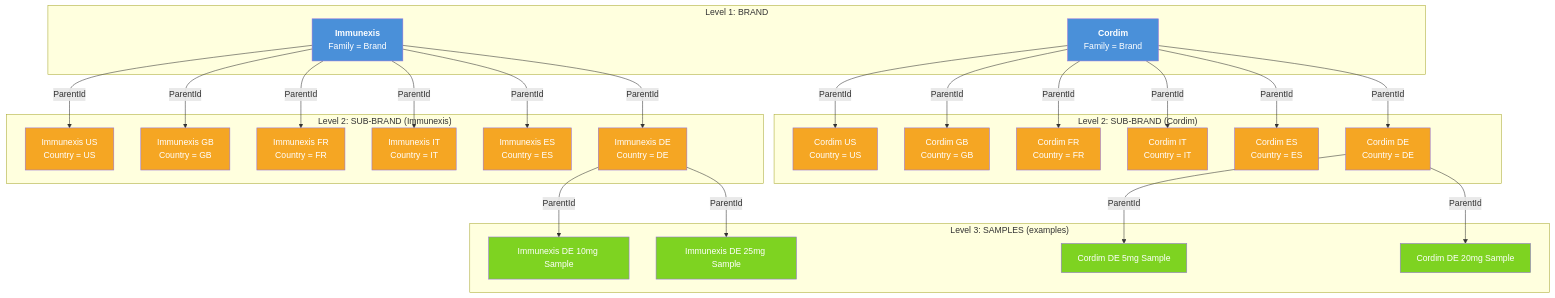
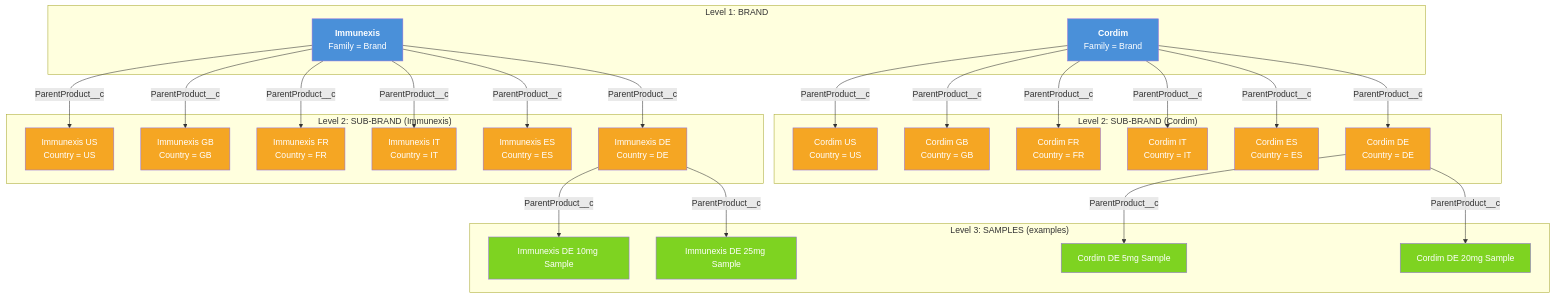
The diagram in README-01-Product-Hierarchy.md (afls-ideas/Multi-Country-Brand-Setup), drawn with Mermaid before and after one commit. The commit also changed other lines of this file and 2 other files, not shown here.

Commit message:
Update READMEs with territory and alignment documentation
README-01: Fix ParentId references to ParentProduct__c, add links.
README-02: Add ProductTerritoryAvailability section with cascade
diagram, update hub diagram and summary table.
README-04: Add Steps 3-4 for territory creation and product-territory
alignment, update pipeline diagram, cleanup order, and script summary.

````diff
--- a/README-01-Product-Hierarchy.md
+++ b/README-01-Product-Hierarchy.md
@@ -9,70 +9,70 @@
 ```mermaid
 graph TD
     subgraph "Level 1: BRAND"
         IMM["<b>Immunexis</b><br/>Family = Brand"]
         COR["<b>Cordim</b><br/>Family = Brand"]
     end
 
     subgraph "Level 2: SUB-BRAND (Immunexis)"
         IMM_US["Immunexis US<br/>Country = US"]
         IMM_GB["Immunexis GB<br/>Country = GB"]
         IMM_FR["Immunexis FR<br/>Country = FR"]
         IMM_IT["Immunexis IT<br/>Country = IT"]
         IMM_ES["Immunexis ES<br/>Country = ES"]
         IMM_DE["Immunexis DE<br/>Country = DE"]
     end
 
     subgraph "Level 2: SUB-BRAND (Cordim)"
         COR_US["Cordim US<br/>Country = US"]
         COR_GB["Cordim GB<br/>Country = GB"]
         COR_FR["Cordim FR<br/>Country = FR"]
         COR_IT["Cordim IT<br/>Country = IT"]
         COR_ES["Cordim ES<br/>Country = ES"]
         COR_DE["Cordim DE<br/>Country = DE"]
     end
 
     subgraph "Level 3: SAMPLES (examples)"
         IMM_DE_10["Immunexis DE 10mg Sample"]
         IMM_DE_25["Immunexis DE 25mg Sample"]
         COR_DE_5["Cordim DE 5mg Sample"]
         COR_DE_20["Cordim DE 20mg Sample"]
     end
 
-    IMM -->|ParentId| IMM_US
-    IMM -->|ParentId| IMM_GB
-    IMM -->|ParentId| IMM_FR
-    IMM -->|ParentId| IMM_IT
-    IMM -->|ParentId| IMM_ES
-    IMM -->|ParentId| IMM_DE
+    IMM -->|ParentProduct__c| IMM_US
+    IMM -->|ParentProduct__c| IMM_GB
+    IMM -->|ParentProduct__c| IMM_FR
+    IMM -->|ParentProduct__c| IMM_IT
+    IMM -->|ParentProduct__c| IMM_ES
+    IMM -->|ParentProduct__c| IMM_DE
 
-    COR -->|ParentId| COR_US
-    COR -->|ParentId| COR_GB
-    COR -->|ParentId| COR_FR
-    COR -->|ParentId| COR_IT
-    COR -->|ParentId| COR_ES
-    COR -->|ParentId| COR_DE
+    COR -->|ParentProduct__c| COR_US
+    COR -->|ParentProduct__c| COR_GB
+    COR -->|ParentProduct__c| COR_FR
+    COR -->|ParentProduct__c| COR_IT
+    COR -->|ParentProduct__c| COR_ES
+    COR -->|ParentProduct__c| COR_DE
 
-    IMM_DE -->|ParentId| IMM_DE_10
-    IMM_DE -->|ParentId| IMM_DE_25
-    COR_DE -->|ParentId| COR_DE_5
-    COR_DE -->|ParentId| COR_DE_20
+    IMM_DE -->|ParentProduct__c| IMM_DE_10
+    IMM_DE -->|ParentProduct__c| IMM_DE_25
+    COR_DE -->|ParentProduct__c| COR_DE_5
+    COR_DE -->|ParentProduct__c| COR_DE_20
 
     style IMM fill:#4a90d9,color:#fff
     style COR fill:#4a90d9,color:#fff
     style IMM_US fill:#f5a623,color:#fff
     style IMM_GB fill:#f5a623,color:#fff
     style IMM_FR fill:#f5a623,color:#fff
     style IMM_IT fill:#f5a623,color:#fff
     style IMM_ES fill:#f5a623,color:#fff
     style IMM_DE fill:#f5a623,color:#fff
     style COR_US fill:#f5a623,color:#fff
     style COR_GB fill:#f5a623,color:#fff
     style COR_FR fill:#f5a623,color:#fff
     style COR_IT fill:#f5a623,color:#fff
     style COR_ES fill:#f5a623,color:#fff
     style COR_DE fill:#f5a623,color:#fff
     style IMM_DE_10 fill:#7ed321,color:#fff
     style IMM_DE_25 fill:#7ed321,color:#fff
     style COR_DE_5 fill:#7ed321,color:#fff
     style COR_DE_20 fill:#7ed321,color:#fff
 ```
````
